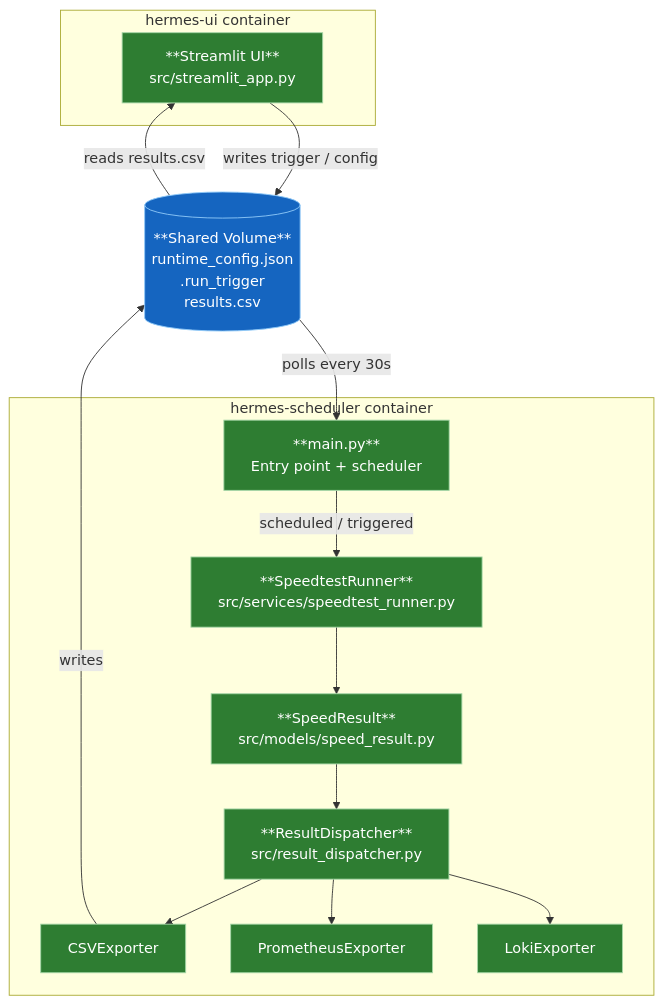
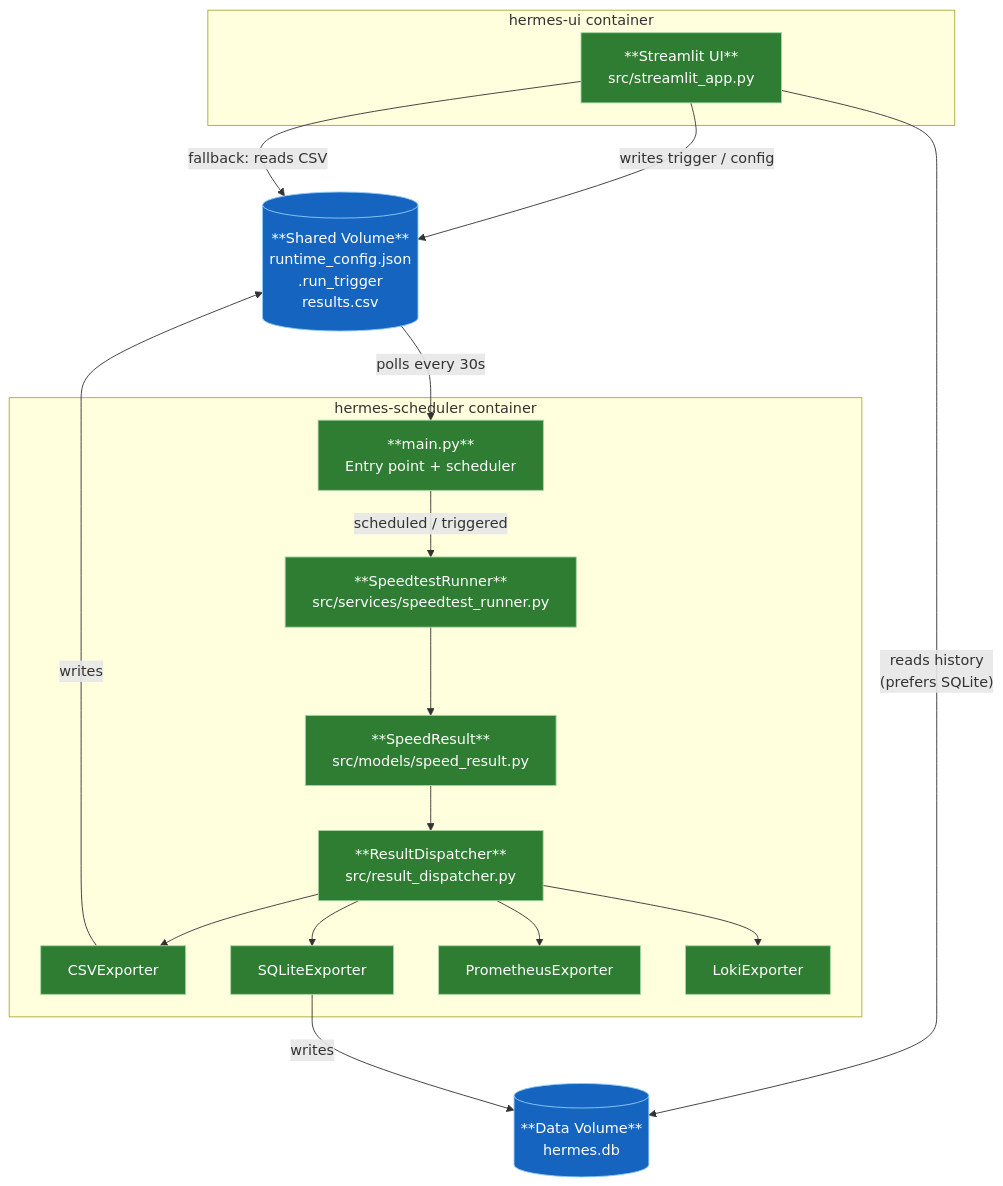
Before and after one commit to fabell4/Hermes: the first of 2 diagrams in README.md, drawn with Mermaid. The commit also changed other lines of this file and 1 other file, not shown here.

Commit message:
docs: update README for SQLite/jitter/ISP, fix convert_to_sonar deprecated format

````diff
--- a/README.md
+++ b/README.md
@@ -10,39 +10,46 @@
 ```mermaid
 flowchart TD
     subgraph UI_CONTAINER["hermes-ui container"]
         UI["**Streamlit UI**\nsrc/streamlit_app.py"]
     end
 
     subgraph SCHED_CONTAINER["hermes-scheduler container"]
         MAIN["**main.py**\nEntry point + scheduler"]
         RUNNER["**SpeedtestRunner**\nsrc/services/speedtest_runner.py"]
         MODEL["**SpeedResult**\nsrc/models/speed_result.py"]
         DISP["**ResultDispatcher**\nsrc/result_dispatcher.py"]
         CSV["CSVExporter"]
+        SQLITE["SQLiteExporter"]
         PROM["PrometheusExporter"]
         LOKI["LokiExporter"]
     end
 
-    VOLUME[("**Shared Volume**\nruntime_config.json\n.run_trigger\nresults.csv")]
+    SHARED_VOL[("**Shared Volume**\nruntime_config.json\n.run_trigger\nresults.csv")]
+    DATA_VOL[("**Data Volume**\nhermes.db")]
 
-    UI -- "writes trigger / config" --> VOLUME
-    VOLUME -- "polls every 30s" --> MAIN
-    VOLUME -- "reads results.csv" --> UI
+    UI -- "writes trigger / config" --> SHARED_VOL
+    SHARED_VOL -- "polls every 30s" --> MAIN
+    UI -- "reads history\n(prefers SQLite)" --> DATA_VOL
+    UI -- "fallback: reads CSV" --> SHARED_VOL
     MAIN -- "scheduled / triggered" --> RUNNER
     RUNNER --> MODEL
     MODEL --> DISP
     DISP --> CSV
+    DISP --> SQLITE
     DISP --> PROM
     DISP --> LOKI
-    CSV -- "writes" --> VOLUME
+    CSV -- "writes" --> SHARED_VOL
+    SQLITE -- "writes" --> DATA_VOL
 
     style UI fill:#2e7d32,stroke:#a5d6a7,color:#ffffff
     style MAIN fill:#2e7d32,stroke:#a5d6a7,color:#ffffff
     style RUNNER fill:#2e7d32,stroke:#a5d6a7,color:#ffffff
     style MODEL fill:#2e7d32,stroke:#a5d6a7,color:#ffffff
     style DISP fill:#2e7d32,stroke:#a5d6a7,color:#ffffff
     style CSV fill:#2e7d32,stroke:#a5d6a7,color:#ffffff
+    style SQLITE fill:#2e7d32,stroke:#a5d6a7,color:#ffffff
     style PROM fill:#2e7d32,stroke:#a5d6a7,color:#ffffff
     style LOKI fill:#2e7d32,stroke:#a5d6a7,color:#ffffff
-    style VOLUME fill:#1565c0,stroke:#90caf9,color:#ffffff
+    style SHARED_VOL fill:#1565c0,stroke:#90caf9,color:#ffffff
+    style DATA_VOL fill:#1565c0,stroke:#90caf9,color:#ffffff
 ```
````
